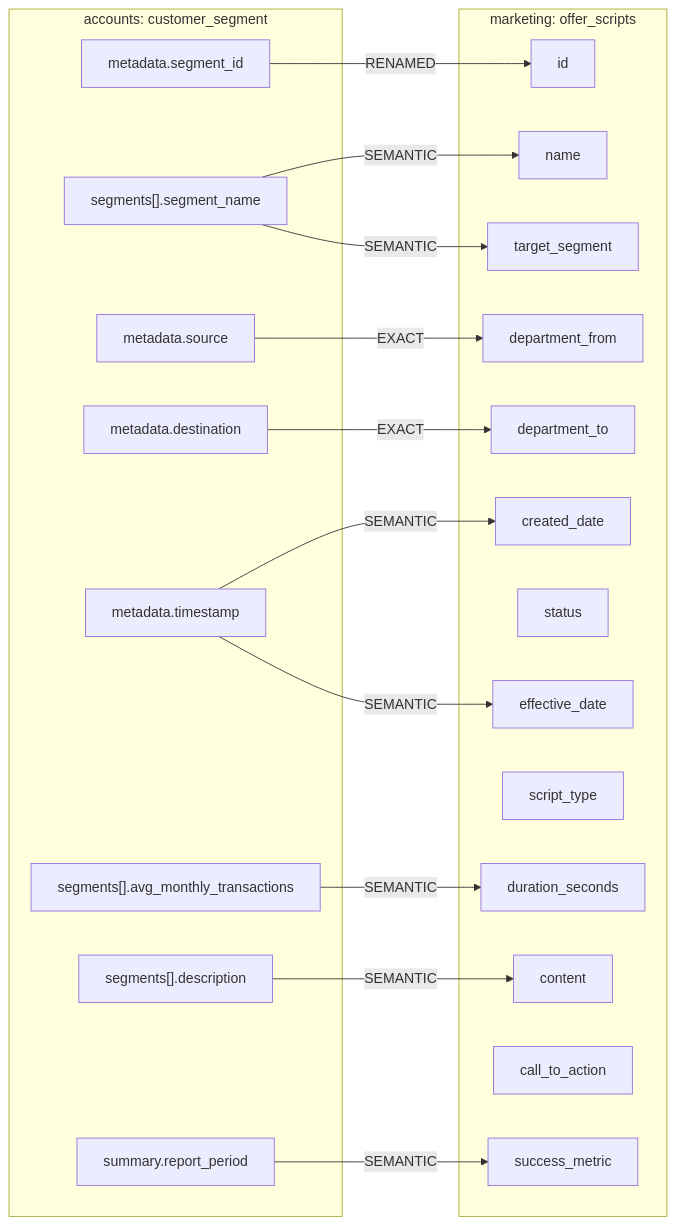
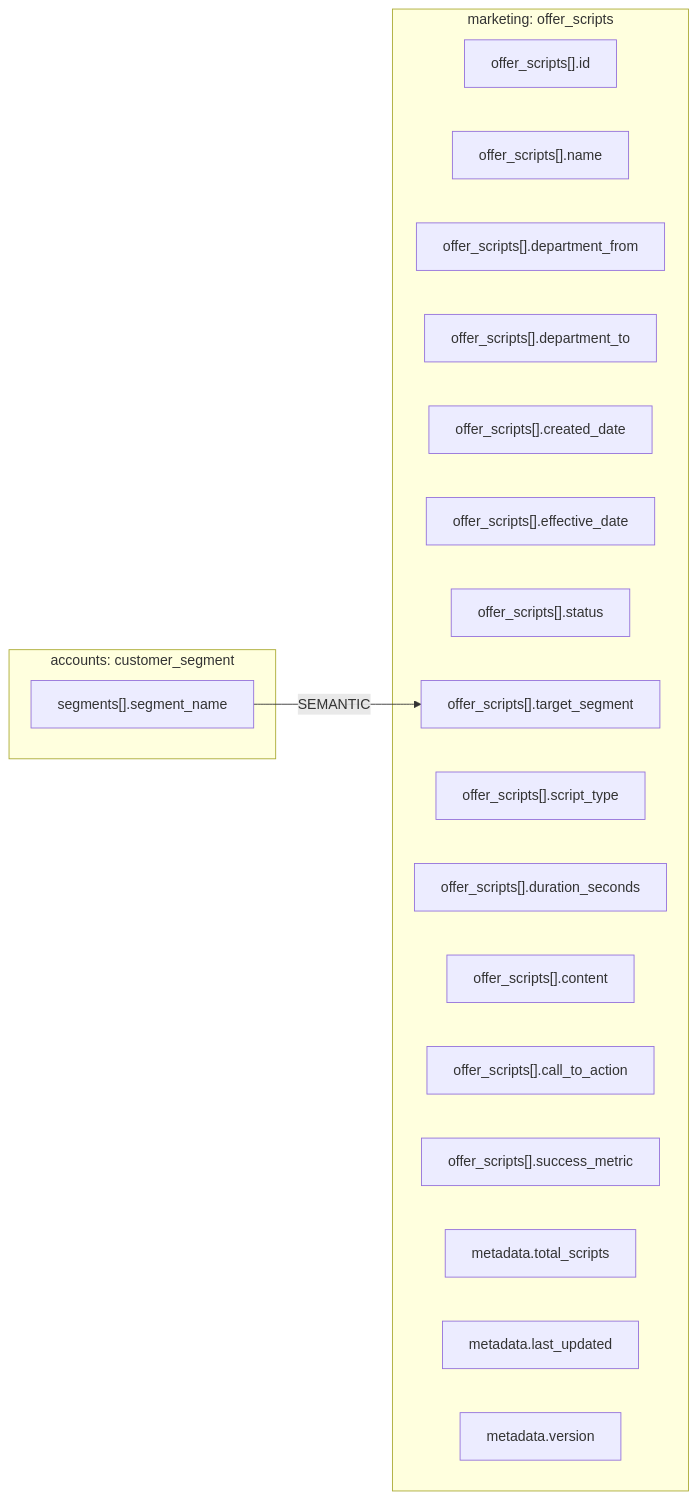
One commit to MAKWilkinson/HSBC-Data-Fabric-PoC-v2 changed the diagram in mermaids/marketing/customer_services/offer_scripts__from__accounts__customer_segment.mmd. Above: the diagram before and after it, drawn with Mermaid. The commit also changed 447 other files, not shown here.

```diff
--- a/mermaids/marketing/customer_services/offer_scripts__from__accounts__customer_segment.mmd
+++ b/mermaids/marketing/customer_services/offer_scripts__from__accounts__customer_segment.mmd
@@ -1,36 +1,23 @@
 flowchart LR
   subgraph IN["accounts: customer_segment"]
-    in_metadata_segment_id["metadata.segment_id"]
     in_segments___segment_name["segments[].segment_name"]
-    in_metadata_source["metadata.source"]
-    in_metadata_destination["metadata.destination"]
-    in_metadata_timestamp["metadata.timestamp"]
-    in_segments___avg_monthly_transactions["segments[].avg_monthly_transactions"]
-    in_segments___description["segments[].description"]
-    in_summary_report_period["summary.report_period"]
   end
   subgraph OUT["marketing: offer_scripts"]
-    out_id["id"]
-    out_name["name"]
-    out_department_from["department_from"]
-    out_department_to["department_to"]
-    out_created_date["created_date"]
-    out_effective_date["effective_date"]
-    out_status["status"]
-    out_target_segment["target_segment"]
-    out_script_type["script_type"]
-    out_duration_seconds["duration_seconds"]
-    out_content["content"]
-    out_call_to_action["call_to_action"]
-    out_success_metric["success_metric"]
+    out_offer_scripts___id["offer_scripts[].id"]
+    out_offer_scripts___name["offer_scripts[].name"]
+    out_offer_scripts___department_from["offer_scripts[].department_from"]
+    out_offer_scripts___department_to["offer_scripts[].department_to"]
+    out_offer_scripts___created_date["offer_scripts[].created_date"]
+    out_offer_scripts___effective_date["offer_scripts[].effective_date"]
+    out_offer_scripts___status["offer_scripts[].status"]
+    out_offer_scripts___target_segment["offer_scripts[].target_segment"]
+    out_offer_scripts___script_type["offer_scripts[].script_type"]
+    out_offer_scripts___duration_seconds["offer_scripts[].duration_seconds"]
+    out_offer_scripts___content["offer_scripts[].content"]
+    out_offer_scripts___call_to_action["offer_scripts[].call_to_action"]
+    out_offer_scripts___success_metric["offer_scripts[].success_metric"]
+    out_metadata_total_scripts["metadata.total_scripts"]
+    out_metadata_last_updated["metadata.last_updated"]
+    out_metadata_version["metadata.version"]
   end
-  in_metadata_segment_id -->|RENAMED| out_id
-  in_segments___segment_name -->|SEMANTIC| out_name
-  in_metadata_source -->|EXACT| out_department_from
-  in_metadata_destination -->|EXACT| out_department_to
-  in_metadata_timestamp -->|SEMANTIC| out_created_date
-  in_metadata_timestamp -->|SEMANTIC| out_effective_date
-  in_segments___segment_name -->|SEMANTIC| out_target_segment
-  in_segments___avg_monthly_transactions -->|SEMANTIC| out_duration_seconds
-  in_segments___description -->|SEMANTIC| out_content
-  in_summary_report_period -->|SEMANTIC| out_success_metric
+  in_segments___segment_name -->|SEMANTIC| out_offer_scripts___target_segment
```
